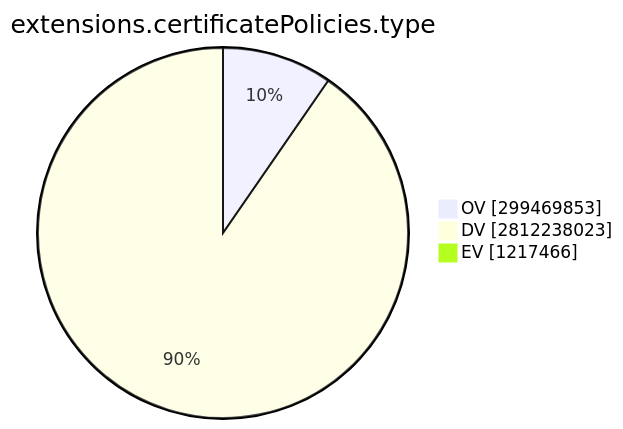
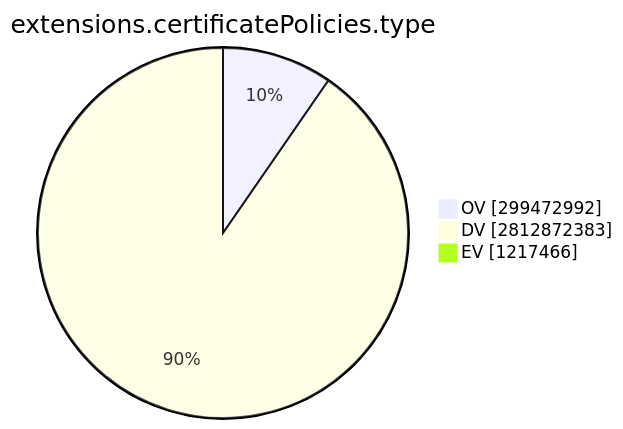
Before and after one commit to christiankrug/ctmonitor_visualization: the ninth of 15 diagrams in TOTAL/README.md, drawn with Mermaid. The commit also changed other lines of this file, not shown here.

````diff
--- a/TOTAL/README.md
+++ b/TOTAL/README.md
@@ -3101,7 +3101,7 @@
 ```mermaid
 pie showData
 title extensions.certificatePolicies.type
-"OV" :299469853
-"DV" :2812238023
+"OV" :299472992
+"DV" :2812872383
 "EV" :1217466
 ```
````
